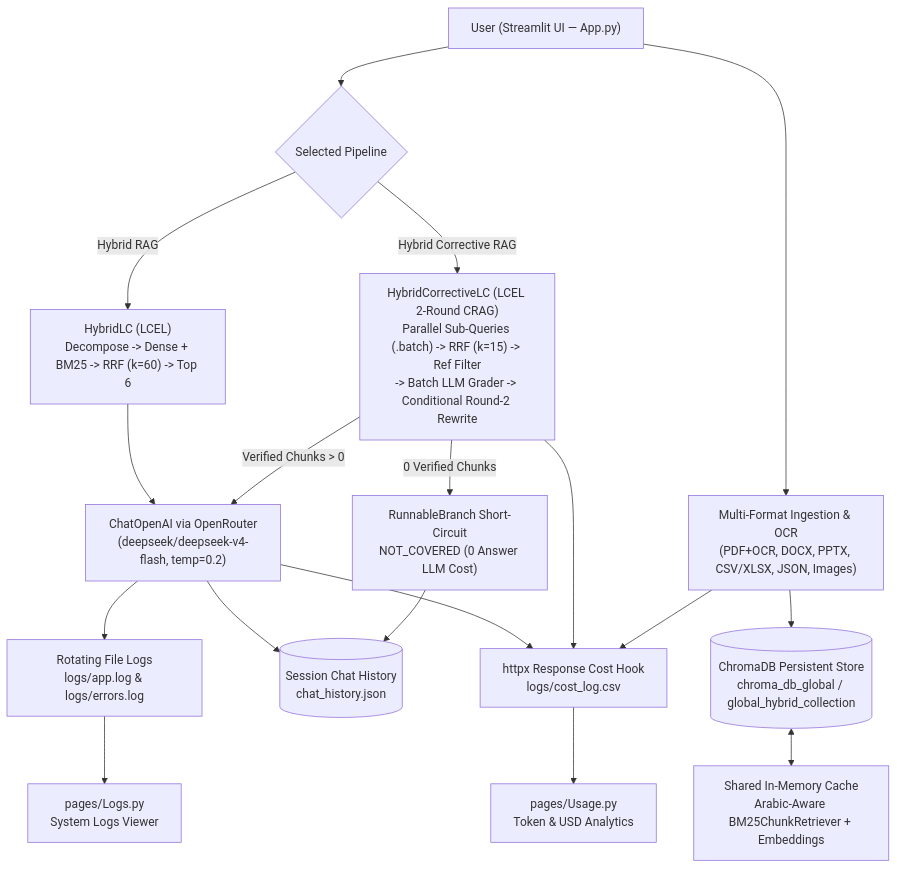
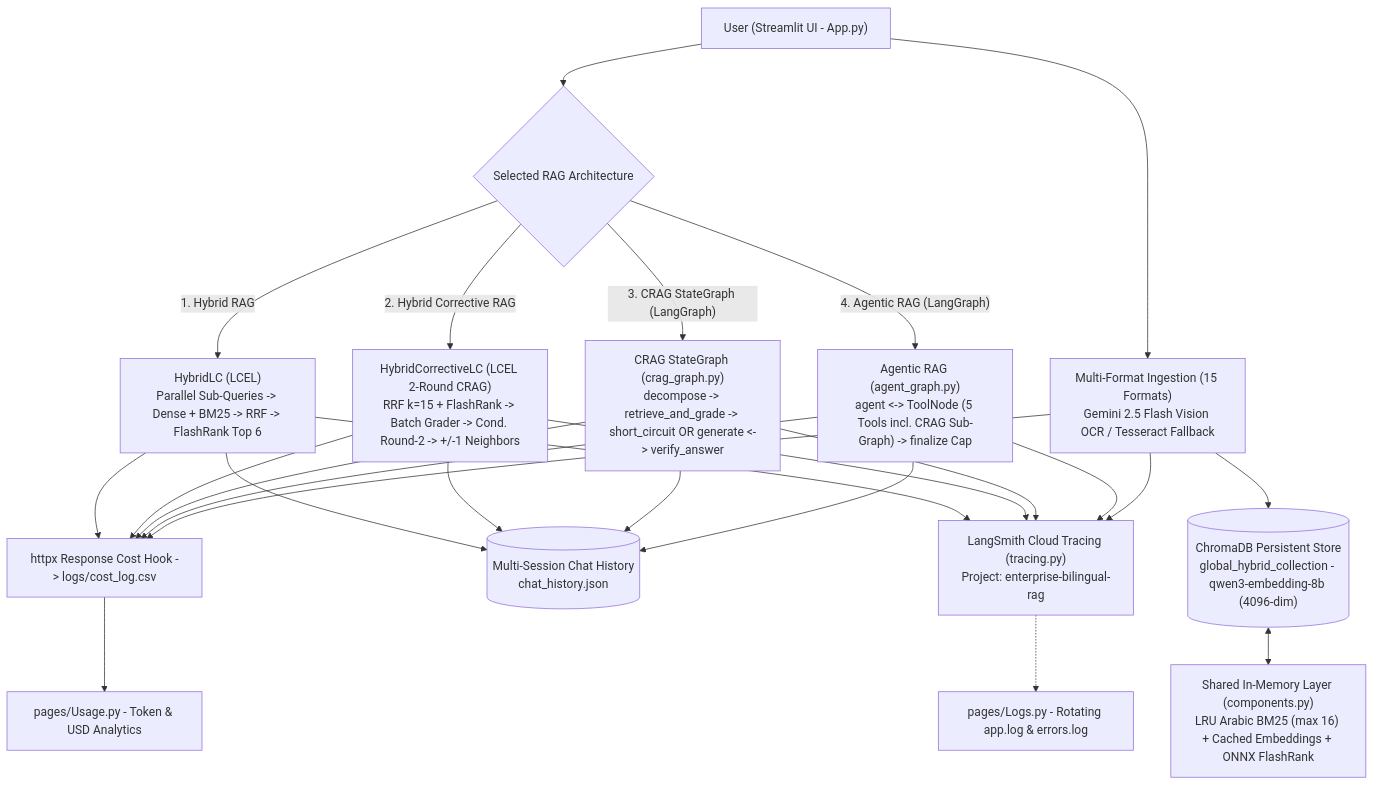
Before and after one commit to ayahamedsalem-design/RAGs-Project: the first of 5 diagrams in README.md, drawn with Mermaid. The commit also changed other lines of this file and 15 other files, not shown here.

Commit message:
feat: add LangSmith tracing, LangGraph CRAG StateGraph & Agentic RAG, FlashRank reranker, Vision OCR, and updated README

````diff
--- a/README.md
+++ b/README.md
@@ -45,23 +60,33 @@
 ```mermaid
 flowchart TB
-    User["User (Streamlit UI — App.py)"] --> Ingest["Multi-Format Ingestion & OCR<br/>(PDF+OCR, DOCX, PPTX, CSV/XLSX, JSON, Images)"]
-    Ingest --> Chroma[("ChromaDB Persistent Store<br/>chroma_db_global / global_hybrid_collection")]
-    Chroma <--> BM25["Shared In-Memory Cache<br/>Arabic-Aware BM25ChunkRetriever + Embeddings"]
+    User["User (Streamlit UI - App.py)"] --> Ingest["Multi-Format Ingestion (15 Formats)<br/>Gemini 2.5 Flash Vision OCR / Tesseract Fallback"]
+    Ingest --> Chroma[("ChromaDB Persistent Store<br/>global_hybrid_collection - qwen3-embedding-8b (4096-dim)")]
+    Chroma <--> Cache["Shared In-Memory Layer (components.py)<br/>LRU Arabic BM25 (max 16) + Cached Embeddings + ONNX FlashRank"]
 
-    User --> Router{"Selected Pipeline"}
-    Router -->|"Hybrid RAG"| HLC["HybridLC (LCEL)<br/>Decompose -> Dense + BM25 -> RRF (k=60) -> Top 6"]
-    Router -->|"Hybrid Corrective RAG"| CRAG["HybridCorrectiveLC (LCEL 2-Round CRAG)<br/>Parallel Sub-Queries (.batch) -> RRF (k=15) -> Ref Filter<br/>-> Batch LLM Grader -> Conditional Round-2 Rewrite"]
+    User --> Router{"Selected RAG Architecture"}
 
-    HLC --> LLM["ChatOpenAI via OpenRouter<br/>(deepseek/deepseek-v4-flash, temp=0.2)"]
-    CRAG -->|"Verified Chunks > 0"| LLM
-    CRAG -->|"0 Verified Chunks"| ShortCircuit["RunnableBranch Short-Circuit<br/>NOT_COVERED (0 Answer LLM Cost)"]
+    Router -->|"1. Hybrid RAG"| HLC["HybridLC (LCEL)<br/>Parallel Sub-Queries -> Dense + BM25 -> RRF -> FlashRank Top 6"]
+    Router -->|"2. Hybrid Corrective RAG"| CRAGLC["HybridCorrectiveLC (LCEL 2-Round CRAG)<br/>RRF k=15 + FlashRank -> Batch Grader -> Cond. Round-2 -> +/-1 Neighbors"]
+    Router -->|"3. CRAG StateGraph (LangGraph)"| CRAGLG["CRAG StateGraph (crag_graph.py)<br/>decompose -> retrieve_and_grade -> short_circuit OR generate <-> verify_answer"]
+    Router -->|"4. Agentic RAG (LangGraph)"| AGENT["Agentic RAG (agent_graph.py)<br/>agent <-> ToolNode (5 Tools incl. CRAG Sub-Graph) -> finalize Cap"]
 
-    LLM --> History[("Session Chat History<br/>chat_history.json")]
-    ShortCircuit --> History
-    LLM --> CostHook["httpx Response Cost Hook<br/>logs/cost_log.csv"]
-    CRAG --> CostHook
+    HLC --> History[("Multi-Session Chat History<br/>chat_history.json")]
+    CRAGLC --> History
+    CRAGLG --> History
+    AGENT --> History
+
+    HLC --> Trace["LangSmith Cloud Tracing (tracing.py)<br/>Project: enterprise-bilingual-rag"]
+    CRAGLC --> Trace
+    CRAGLG --> Trace
+    AGENT --> Trace
+    Ingest --> Trace
+
+    HLC --> CostHook["httpx Response Cost Hook -> logs/cost_log.csv"]
+    CRAGLC --> CostHook
+    CRAGLG --> CostHook
+    AGENT --> CostHook
     Ingest --> CostHook
-    CostHook --> UsagePage["pages/Usage.py<br/>Token & USD Analytics"]
-    LLM --> Logs["Rotating File Logs<br/>logs/app.log & logs/errors.log"]
-    Logs --> LogsPage["pages/Logs.py<br/>System Logs Viewer"]
+
+    CostHook --> UsagePage["pages/Usage.py - Token & USD Analytics"]
+    Trace -.-> LogsPage["pages/Logs.py - Rotating app.log & errors.log"]
 ```
````
